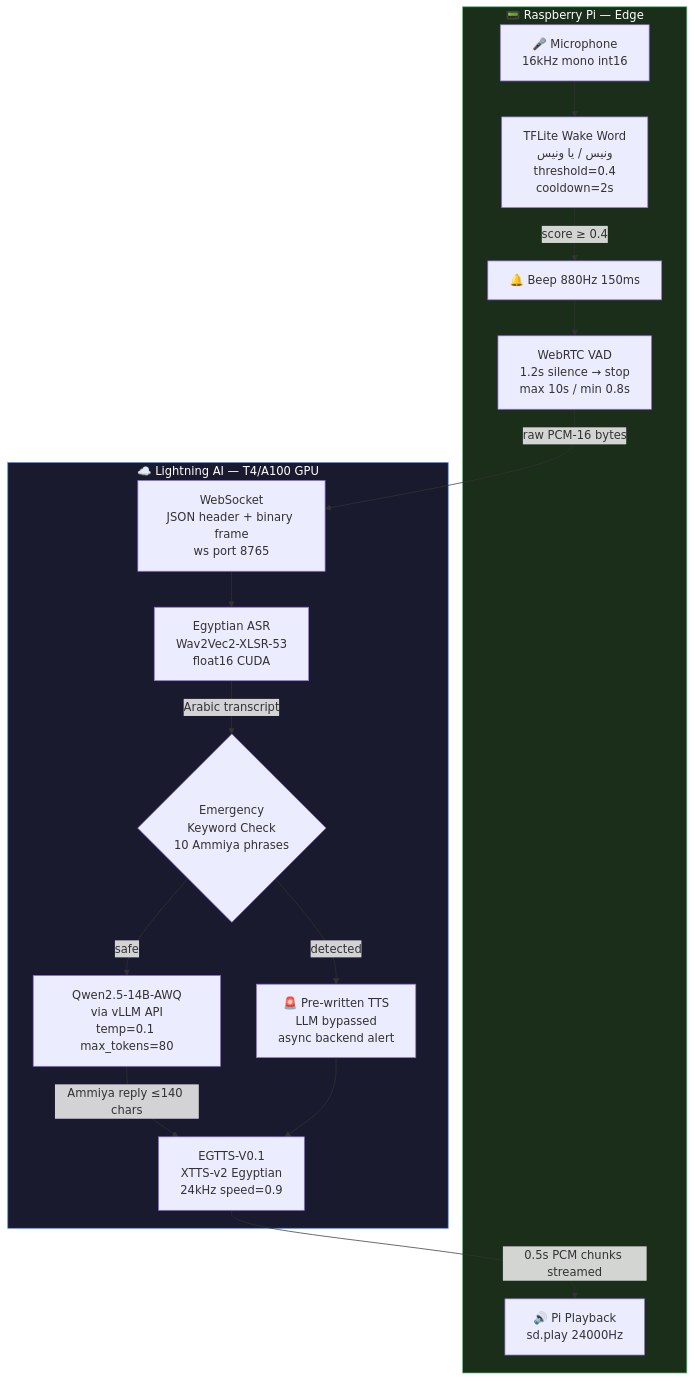
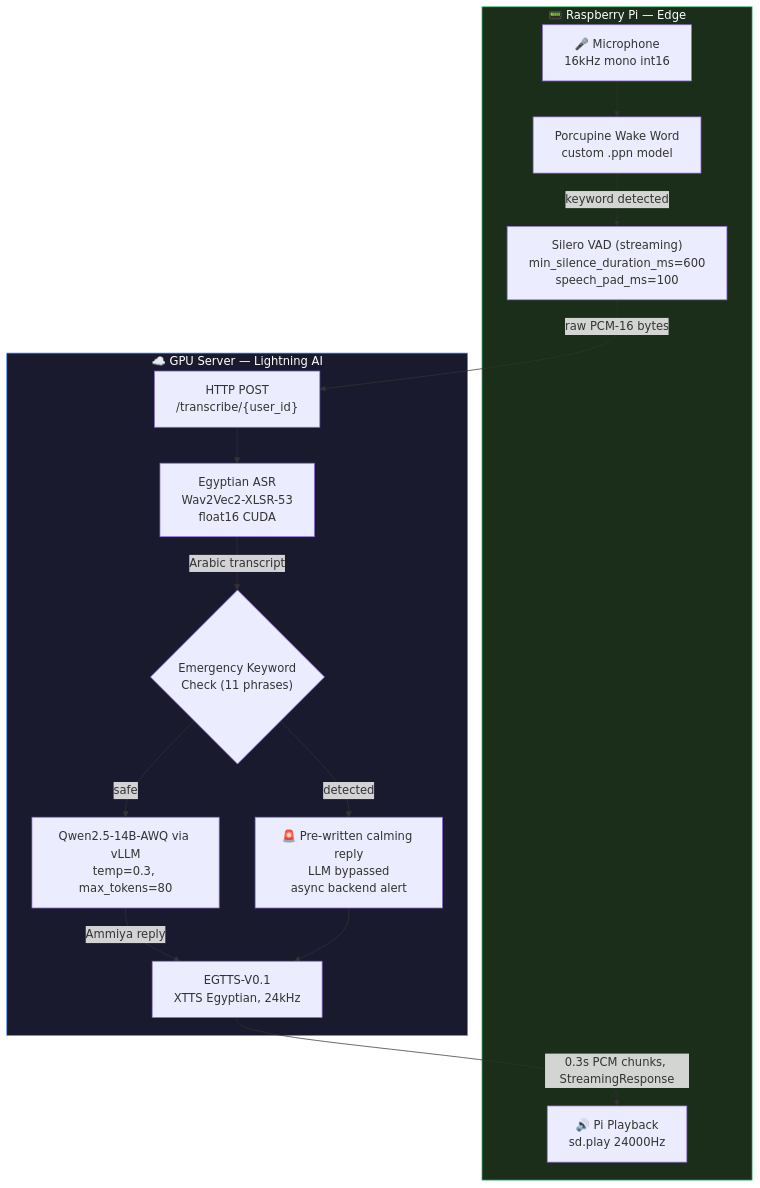
The diagram in README.md (assermosa/Wanees-Arabic-Voice-Assistant-For-Elder), drawn with Mermaid before and after one commit. The commit also changed other lines of this file, not shown here.

````diff
--- a/README.md
+++ b/README.md
@@ -163,38 +156,36 @@
 ```mermaid
 flowchart TD
-    A[🎤 Microphone\n16kHz mono int16] --> B[TFLite Wake Word\nونيس / يا ونيس\nthreshold=0.4\ncooldown=2s]
-    B -->|score ≥ 0.4| C[🔔 Beep 880Hz 150ms]
-    C --> D[WebRTC VAD\n1.2s silence → stop\nmax 10s / min 0.8s]
-    D -->|raw PCM-16 bytes| E[WebSocket\nJSON header + binary frame\nws port 8765]
+    A["🎤 Microphone\n16kHz mono int16"] --> B["Porcupine Wake Word\ncustom .ppn model"]
+    B -->|keyword detected| C["Silero VAD (streaming)\nmin_silence_duration_ms=600\nspeech_pad_ms=100"]
+    C -->|raw PCM-16 bytes| D["HTTP POST\n/transcribe/{user_id}"]
 
-    E --> F[Egyptian ASR\nWav2Vec2-XLSR-53\nfloat16 CUDA]
-    F -->|Arabic transcript| G{Emergency\nKeyword Check\n10 Ammiya phrases}
+    D --> E["Egyptian ASR\nWav2Vec2-XLSR-53\nfloat16 CUDA"]
+    E -->|Arabic transcript| F{"Emergency Keyword\nCheck (11 phrases)"}
 
-    G -->|detected| H[🚨 Pre-written TTS\nLLM bypassed\nasync backend alert]
-    G -->|safe| I[Qwen2.5-14B-AWQ\nvia vLLM API\ntemp=0.1 max_tokens=80]
+    F -->|detected| G["🚨 Pre-written calming reply\nLLM bypassed\nasync backend alert"]
+    F -->|safe| H["Qwen2.5-14B-AWQ via vLLM\ntemp=0.3, max_tokens=80"]
 
-    I -->|Ammiya reply ≤140 chars| J[EGTTS-V0.1\nXTTS-v2 Egyptian\n24kHz speed=0.9]
-    H --> J
+    H -->|Ammiya reply| I["EGTTS-V0.1\nXTTS Egyptian, 24kHz"]
+    G --> I
 
-    J -->|0.5s PCM chunks streamed| K[🔊 Pi Playback\nsd.play 24000Hz]
+    I -->|0.3s PCM chunks, StreamingResponse| J["🔊 Pi Playback\nsd.play 24000Hz"]
 
     subgraph Pi["📟 Raspberry Pi — Edge"]
         A
         B
         C
-        D
-        K
+        J
     end
 
-    subgraph Cloud["☁️ Lightning AI — T4/A100 GPU"]
+    subgraph Server["☁️ GPU Server — Lightning AI"]
+        D
         E
         F
         G
         H
         I
-        J
     end
 
     style Pi fill:#1a2e1a,stroke:#4fc77a,color:#fff
-    style Cloud fill:#1a1a2e,stroke:#4f8ef7,color:#fff
+    style Server fill:#1a1a2e,stroke:#4f8ef7,color:#fff
 ```
````
